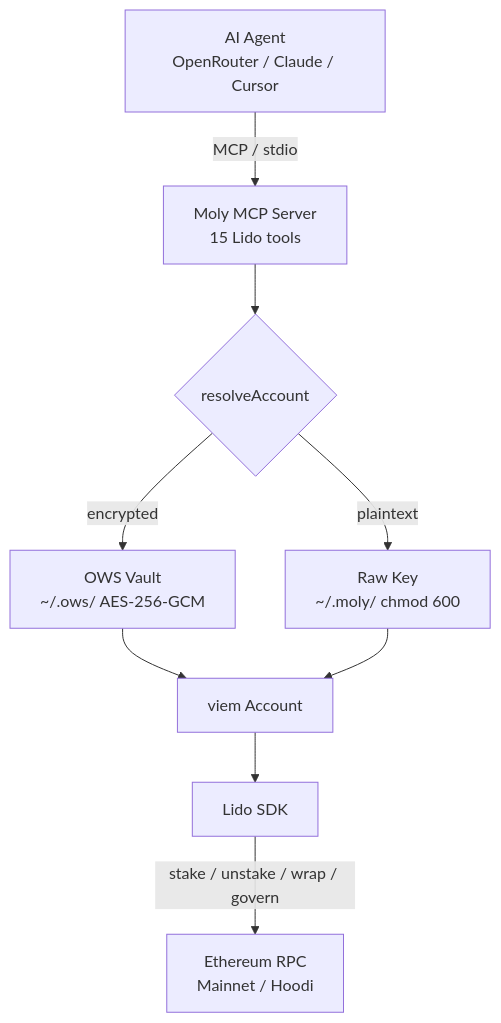
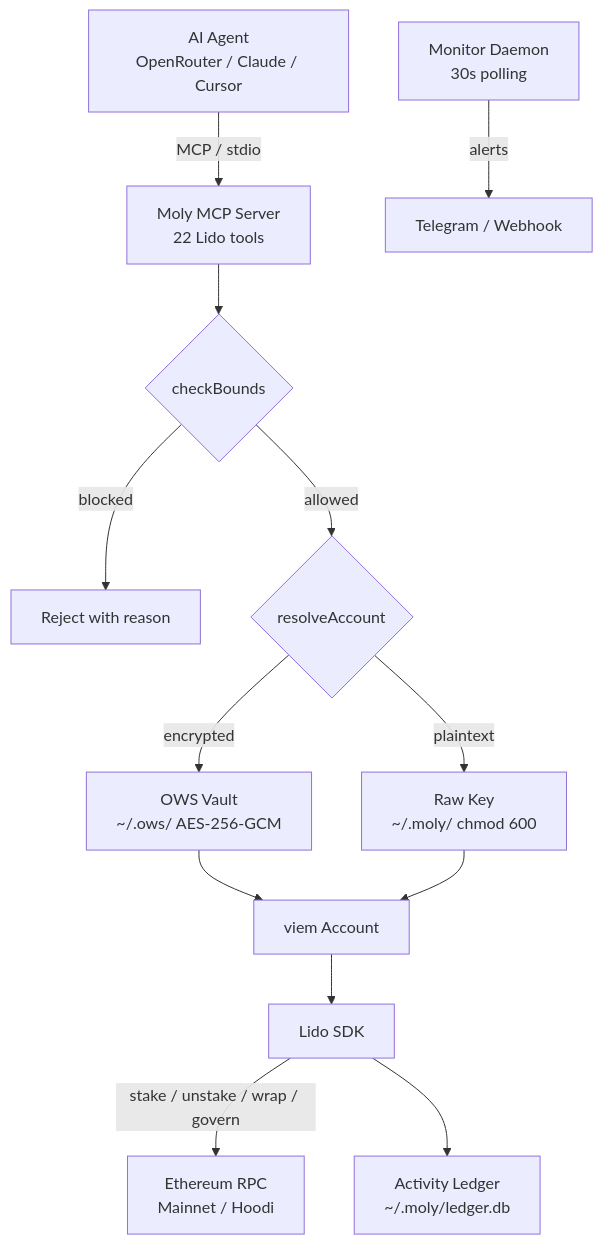
Before and after one commit to daiwikmh/moly: the diagram in README.md, drawn with Mermaid. The commit also changed other lines of this file, not shown here.

````diff
--- a/README.md
+++ b/README.md
@@ -209,11 +253,15 @@
 ```mermaid
 flowchart TD
-    A[AI Agent\nOpenRouter / Claude / Cursor] -->|MCP / stdio| B[Moly MCP Server\n15 Lido tools]
-    B --> C{resolveAccount}
+    A[AI Agent\nOpenRouter / Claude / Cursor] -->|MCP / stdio| B[Moly MCP Server\n22 Lido tools]
+    B --> BA{checkBounds}
+    BA -->|blocked| BB[Reject with reason]
+    BA -->|allowed| C{resolveAccount}
     C -->|encrypted| D[OWS Vault\n~/.ows/ AES-256-GCM]
     C -->|plaintext| E[Raw Key\n~/.moly/ chmod 600]
     D --> F[viem Account]
     E --> F
     F --> G[Lido SDK]
     G -->|stake / unstake / wrap / govern| H[Ethereum RPC\nMainnet / Hoodi]
+    G --> I[Activity Ledger\n~/.moly/ledger.db]
+    J[Monitor Daemon\n30s polling] -->|alerts| K[Telegram / Webhook]
 ```
````
